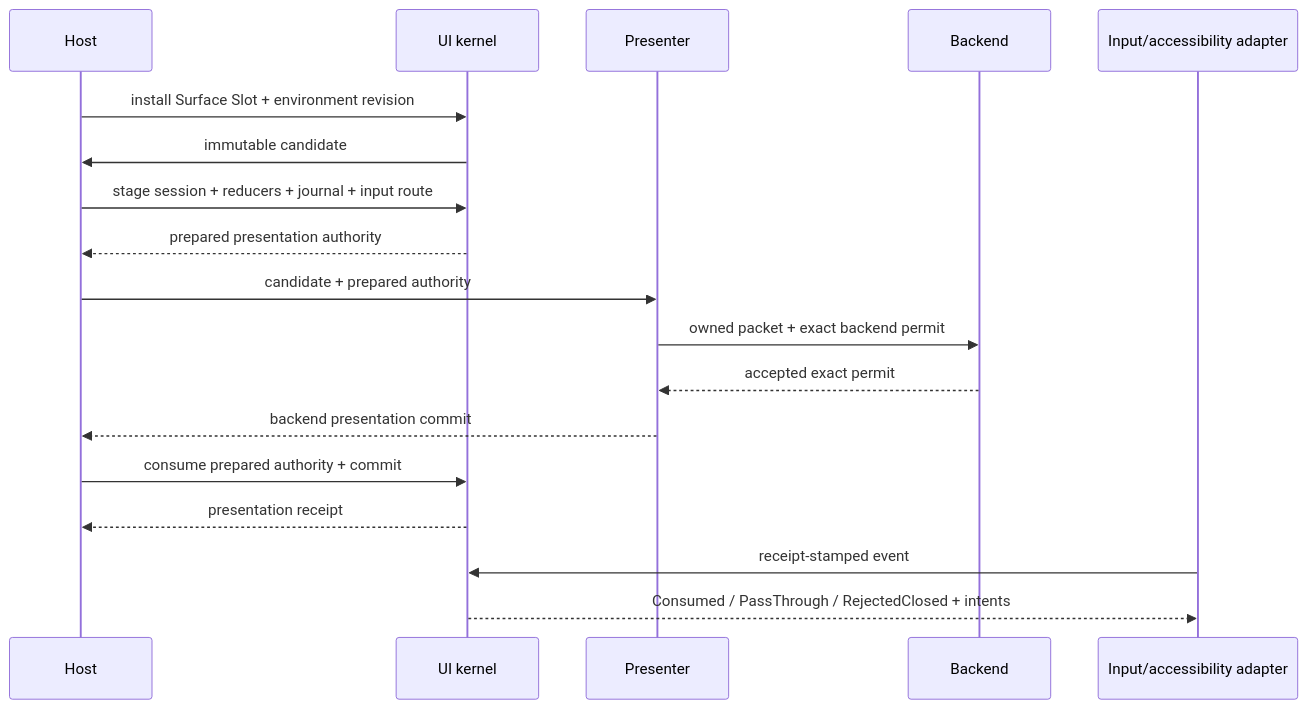
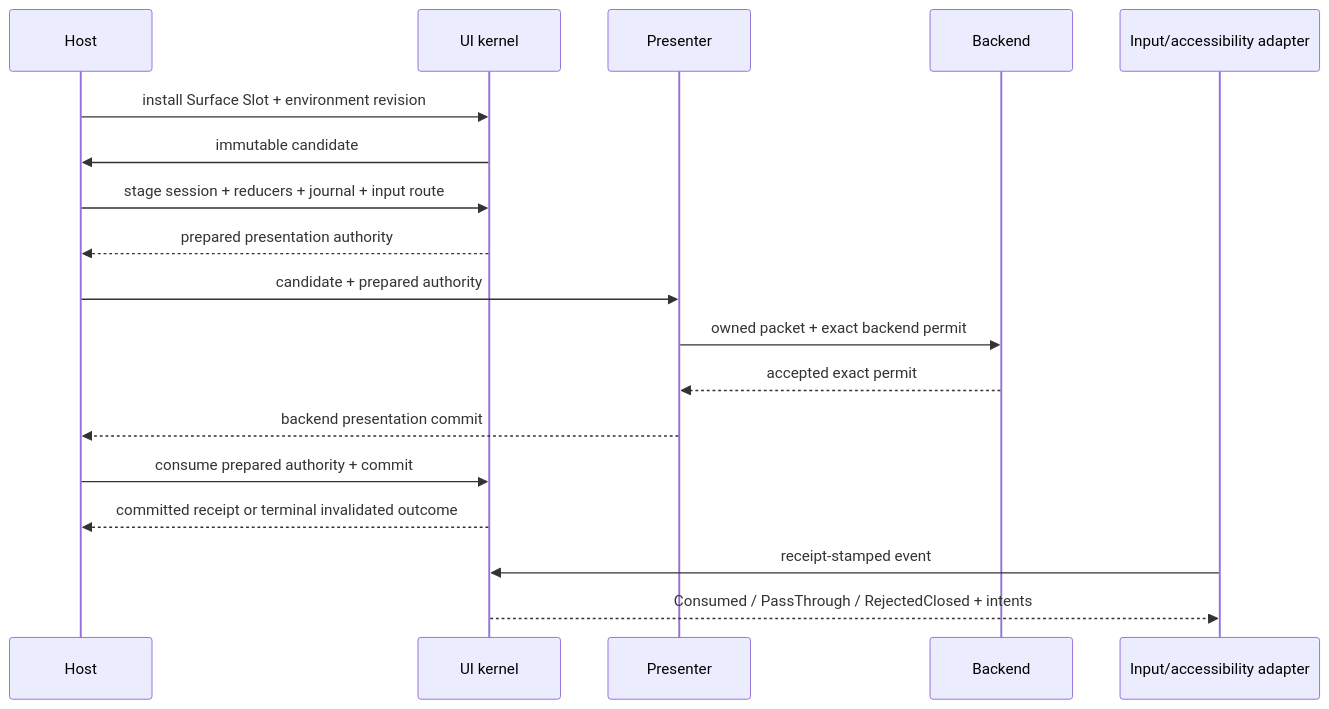
The diagram in docs/architecture/adr/0108-ui-surface-presented-session-and-atomic-interaction.md (Latias94/nara), drawn with Mermaid before and after one commit. The commit also changed other lines of this file and 25 other files, not shown here.

First line of the commit message:
docs(architecture): reconcile engine research and refine foundation contracts

````diff
--- a/docs/architecture/adr/0108-ui-surface-presented-session-and-atomic-interaction.md
+++ b/docs/architecture/adr/0108-ui-surface-presented-session-and-atomic-interaction.md
@@ -31,21 +32,21 @@
 ```mermaid
 sequenceDiagram
     participant H as Host
     participant K as UI kernel
     participant P as Presenter
     participant B as Backend
     participant I as Input/accessibility adapter
 
     H->>K: install Surface Slot + environment revision
     K->>H: immutable candidate
     H->>K: stage session + reducers + journal + input route
     K-->>H: prepared presentation authority
     H->>P: candidate + prepared authority
     P->>B: owned packet + exact backend permit
     B-->>P: accepted exact permit
     P-->>H: backend presentation commit
     H->>K: consume prepared authority + commit
-    K-->>H: presentation receipt
+    K-->>H: committed receipt or terminal invalidated outcome
     I->>K: receipt-stamped event
     K-->>I: Consumed / PassThrough / RejectedClosed + intents
 ```
````
